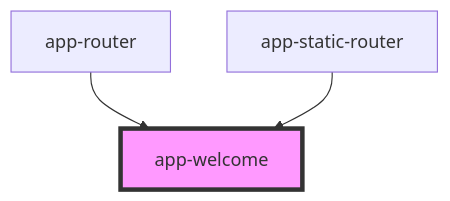
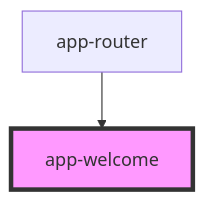
Before and after one commit to corejam/corejam: the diagram in packages/dev/src/components/Welcome/readme.md, drawn with Mermaid. The commit also changed other lines of this file and 13 other files, not shown here.

````diff
--- a/packages/dev/src/components/Welcome/readme.md
+++ b/packages/dev/src/components/Welcome/readme.md
@@ -23,6 +23,5 @@
 ```mermaid
 graph TD;
   app-router --> app-welcome
-  app-static-router --> app-welcome
   style app-welcome fill:#f9f,stroke:#333,stroke-width:4px
 ```
````
